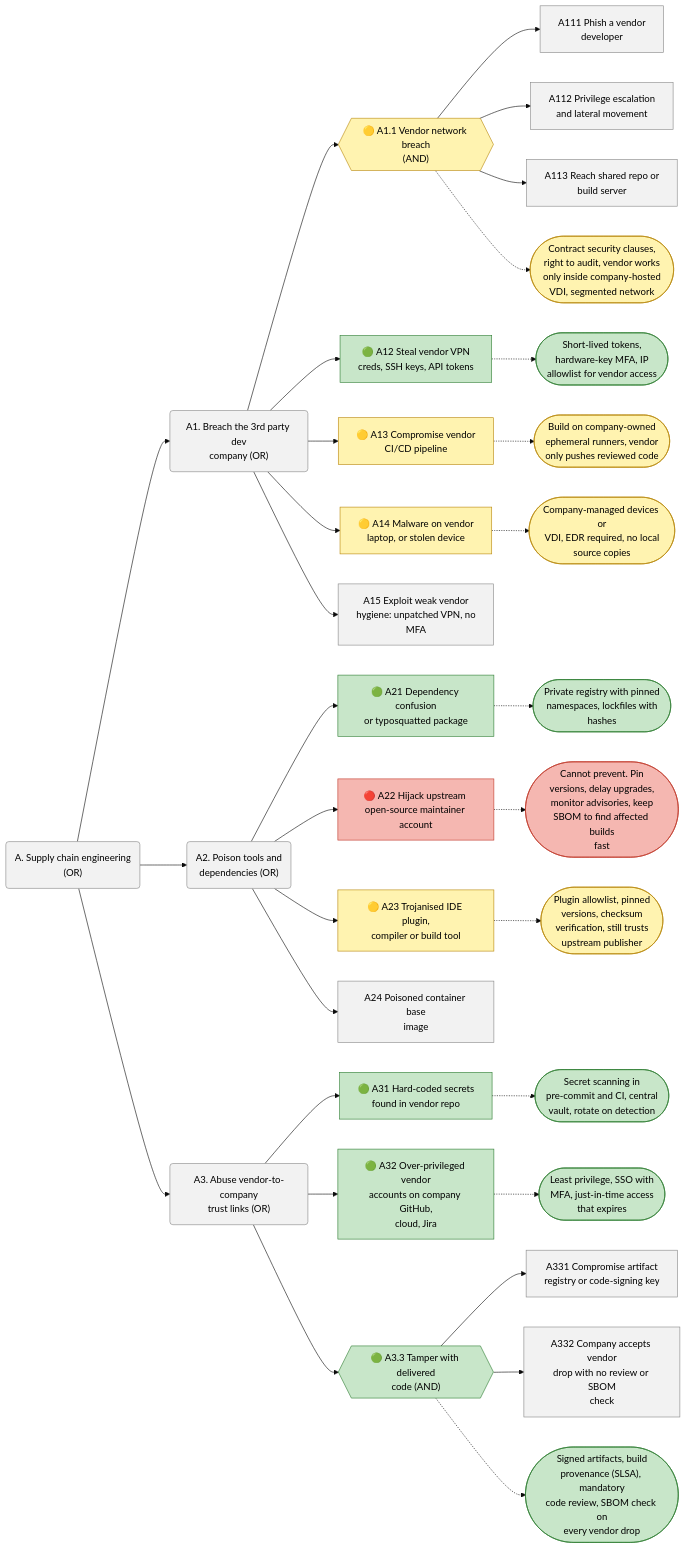
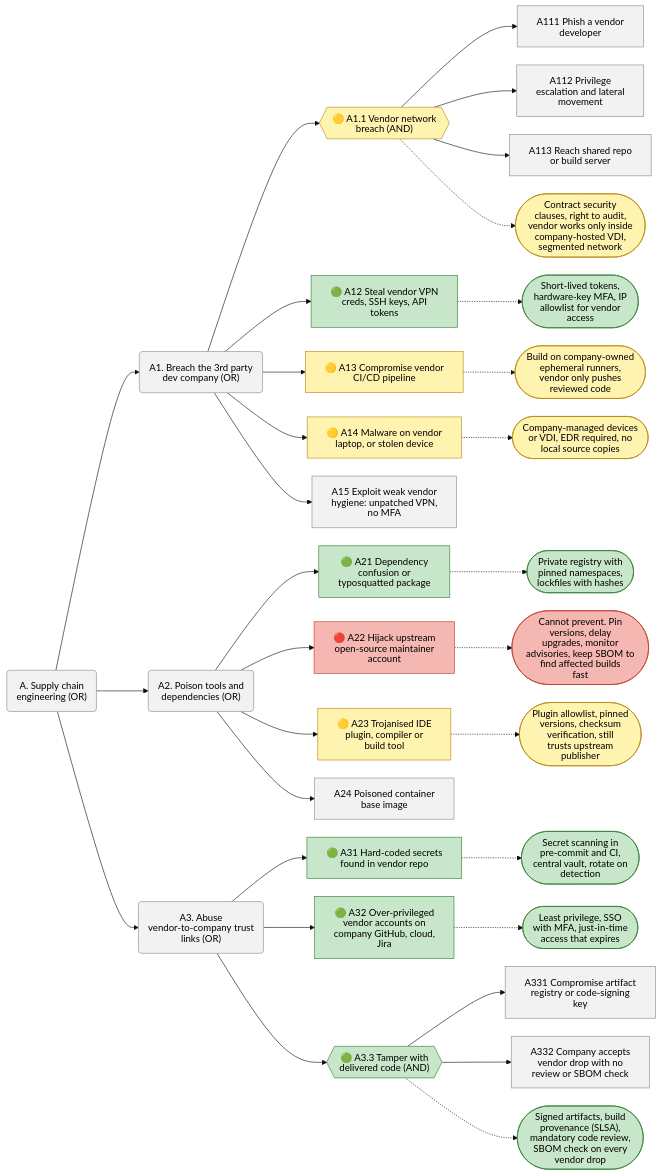
The seventh of 9 diagrams in cybersecurity-architecture/lesson-02.md (amandewatnitrr/hacking-tutorial), drawn with Mermaid (base theme) before and after one commit. The commit also changed other lines of this file, not shown here.

Commit message:
Cybersecurity Architecture -> Threat Modelling -> Attack Tree

````diff
--- a/cybersecurity-architecture/lesson-02.md
+++ b/cybersecurity-architecture/lesson-02.md
@@ -435,46 +438,47 @@
 ```mermaid
+%%{init: {"htmlLabels": false, "flowchart": {"htmlLabels": false, "padding": 16, "nodeSpacing": 30, "rankSpacing": 70}}}%%
 graph LR
-    A("A. Supply chain engineering<br/>(OR)")
-    A --> A1("A1. Breach the 3rd party dev<br/>company (OR)")
+    A("A. Supply chain<br/>engineering (OR)")
+    A --> A1("A1. Breach the 3rd party<br/>dev company (OR)")
     A --> A2("A2. Poison tools and<br/>dependencies (OR)")
-    A --> A3("A3. Abuse vendor-to-company<br/>trust links (OR)")
+    A --> A3("A3. Abuse<br/>vendor-to-company trust<br/>links (OR)")
 
-    A1 --> A11{{"🟡 A1.1 Vendor network breach<br/>(AND)"}}
+    A1 --> A11{{"🟡 A1.1 Vendor network<br/>breach (AND)"}}
     A11 --> A111["A111 Phish a vendor<br/>developer"]
-    A11 --> A112["A112 Privilege escalation<br/>and lateral movement"]
-    A11 --> A113["A113 Reach shared repo or<br/>build server"]
-    A11 -.-> MA11(["Contract security clauses,<br/>right to audit, vendor works<br/>only inside company-hosted<br/>VDI, segmented network"])
-    A1 --> A12["🟢 A12 Steal vendor VPN<br/>creds, SSH keys, API tokens"]
-    A12 -.-> MA12(["Short-lived tokens,<br/>hardware-key MFA, IP<br/>allowlist for vendor access"])
+    A11 --> A112["A112 Privilege<br/>escalation and lateral<br/>movement"]
+    A11 --> A113["A113 Reach shared repo<br/>or build server"]
+    A11 -.-> MA11(["Contract security<br/>clauses, right to audit,<br/>vendor works only inside<br/>company-hosted VDI,<br/>segmented network"])
+    A1 --> A12["🟢 A12 Steal vendor VPN<br/>creds, SSH keys, API<br/>tokens"]
+    A12 -.-> MA12(["Short-lived tokens,<br/>hardware-key MFA, IP<br/>allowlist for vendor<br/>access"])
     A1 --> A13["🟡 A13 Compromise vendor<br/>CI/CD pipeline"]
-    A13 -.-> MA13(["Build on company-owned<br/>ephemeral runners, vendor<br/>only pushes reviewed code"])
+    A13 -.-> MA13(["Build on company-owned<br/>ephemeral runners,<br/>vendor only pushes<br/>reviewed code"])
     A1 --> A14["🟡 A14 Malware on vendor<br/>laptop, or stolen device"]
-    A14 -.-> MA14(["Company-managed devices or<br/>VDI, EDR required, no local<br/>source copies"])
-    A1 --> A15["A15 Exploit weak vendor<br/>hygiene: unpatched VPN, no<br/>MFA"]
+    A14 -.-> MA14(["Company-managed devices<br/>or VDI, EDR required, no<br/>local source copies"])
+    A1 --> A15["A15 Exploit weak vendor<br/>hygiene: unpatched VPN,<br/>no MFA"]
 
-    A2 --> A21["🟢 A21 Dependency confusion<br/>or typosquatted package"]
-    A21 -.-> MA21(["Private registry with pinned<br/>namespaces, lockfiles with<br/>hashes"])
-    A2 --> A22["🔴 A22 Hijack upstream <br/>open-source maintainer account"]
-    A22 -.-> MA22(["Cannot prevent. Pin<br/>versions, delay upgrades,<br/>monitor advisories, keep<br/>SBOM to find affected builds<br/>fast"])
-    A2 --> A23["🟡 A23 Trojanised IDE plugin,<br/>compiler or build tool"]
-    A23 -.-> MA23(["Plugin allowlist, pinned<br/>versions, checksum<br/>verification, still trusts<br/>upstream publisher"])
-    A2 --> A24["A24 Poisoned container base<br/>image"]
+    A2 --> A21["🟢 A21 Dependency<br/>confusion or<br/>typosquatted package"]
+    A21 -.-> MA21(["Private registry with<br/>pinned namespaces,<br/>lockfiles with hashes"])
+    A2 --> A22["🔴 A22 Hijack upstream<br/>open-source maintainer<br/>account"]
+    A22 -.-> MA22(["Cannot prevent. Pin<br/>versions, delay<br/>upgrades, monitor<br/>advisories, keep SBOM to<br/>find affected builds<br/>fast"])
+    A2 --> A23["🟡 A23 Trojanised IDE<br/>plugin, compiler or<br/>build tool"]
+    A23 -.-> MA23(["Plugin allowlist, pinned<br/>versions, checksum<br/>verification, still<br/>trusts upstream<br/>publisher"])
+    A2 --> A24["A24 Poisoned container<br/>base image"]
 
     A3 --> A31["🟢 A31 Hard-coded secrets<br/>found in vendor repo"]
-    A31 -.-> MA31(["Secret scanning in <br/>pre-commit and CI, central<br/>vault, rotate on detection"])
-    A3 --> A32["🟢 A32 Over-privileged vendor<br/>accounts on company GitHub,<br/>cloud, Jira"]
-    A32 -.-> MA32(["Least privilege, SSO with<br/>MFA, just-in-time access<br/>that expires"])
-    A3 --> A33{{"🟢 A3.3 Tamper with delivered<br/>code (AND)"}}
-    A33 --> A331["A331 Compromise artifact<br/>registry or code-signing key"]
-    A33 --> A332["A332 Company accepts vendor<br/>drop with no review or SBOM<br/>check"]
-    A33 -.-> MA33(["Signed artifacts, build<br/>provenance (SLSA), mandatory<br/>code review, SBOM check on<br/>every vendor drop"])
+    A31 -.-> MA31(["Secret scanning in<br/>pre-commit and CI,<br/>central vault, rotate on<br/>detection"])
+    A3 --> A32["🟢 A32 Over-privileged<br/>vendor accounts on<br/>company GitHub, cloud,<br/>Jira"]
+    A32 -.-> MA32(["Least privilege, SSO<br/>with MFA, just-in-time<br/>access that expires"])
+    A3 --> A33{{"🟢 A3.3 Tamper with<br/>delivered code (AND)"}}
+    A33 --> A331["A331 Compromise artifact<br/>registry or code-signing<br/>key"]
+    A33 --> A332["A332 Company accepts<br/>vendor drop with no<br/>review or SBOM check"]
+    A33 -.-> MA33(["Signed artifacts, build<br/>provenance (SLSA),<br/>mandatory code review,<br/>SBOM check on every<br/>vendor drop"])
 
     classDef plain fill:#f2f2f2,stroke:#888,color:#000;
     classDef green fill:#c8e6c9,stroke:#2e7d32,color:#000;
     classDef yellow fill:#fff3b0,stroke:#b8860b,color:#000;
     classDef red fill:#f5b7b1,stroke:#c0392b,color:#000;
     class A,A1,A2,A3,A111,A112,A113,A15,A24,A331,A332 plain;
     class A12,MA12,A21,MA21,A31,MA31,A32,MA32,A33,MA33 green;
     class A11,MA11,A13,MA13,A14,MA14,A23,MA23 yellow;
     class A22,MA22 red;
 ```
````
